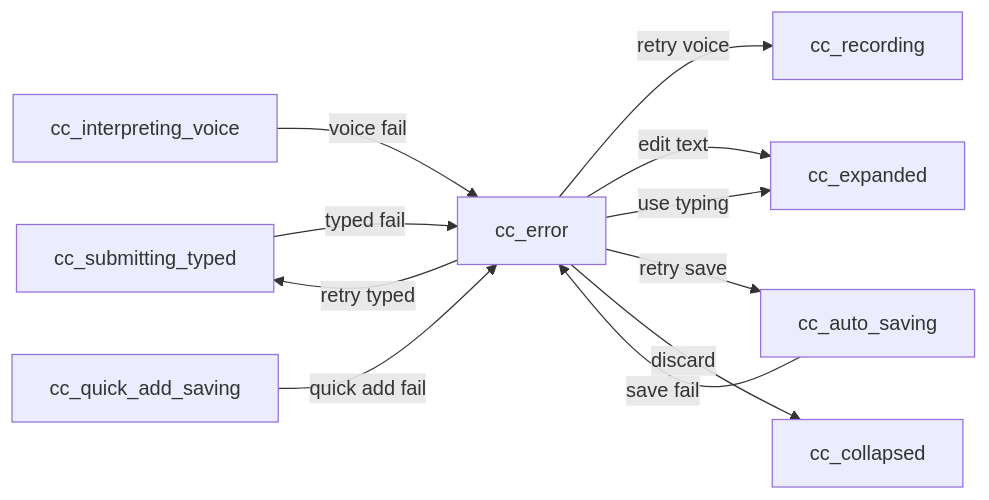
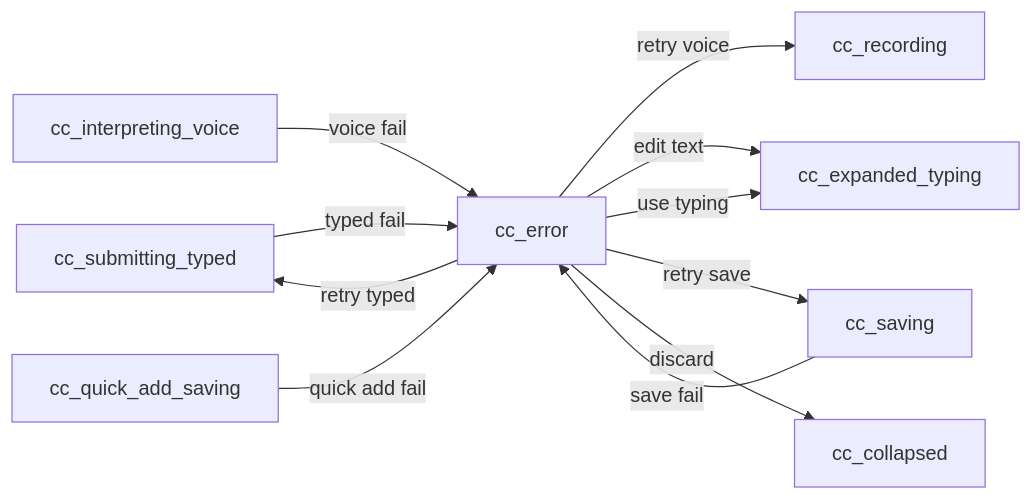
One commit to samarthum/voicefit-mobile changed the fourth of 4 diagrams in prototypes/interaction-specs/home-interaction-spec.md. Above: the diagram before and after it, drawn with Mermaid. The commit also changed other lines of this file and 6 other files, not shown here.

````diff
--- a/prototypes/interaction-specs/home-interaction-spec.md
+++ b/prototypes/interaction-specs/home-interaction-spec.md
@@ -245,13 +230,13 @@
 ```mermaid
 flowchart LR
   D[cc_submitting_typed] -->|typed fail| G[cc_error]
   E[cc_interpreting_voice] -->|voice fail| G
-  F[cc_auto_saving] -->|save fail| G
+  F[cc_saving] -->|save fail| G
   H[cc_quick_add_saving] -->|quick add fail| G
   G -->|retry typed| D
   G -->|retry voice| B[cc_recording]
-  G -->|edit text| C[cc_expanded]
+  G -->|edit text| C[cc_expanded_typing]
   G -->|use typing| C
   G -->|retry save| F
   G -->|discard| A[cc_collapsed]
 ```
````
